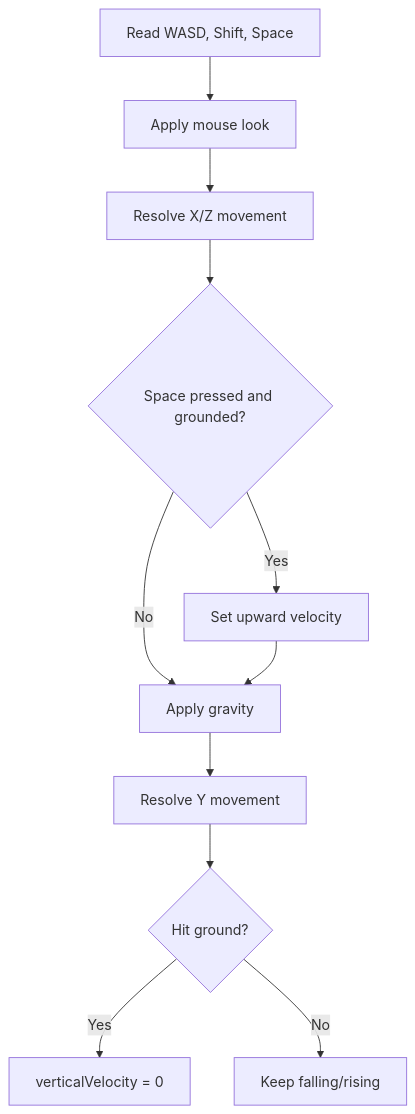
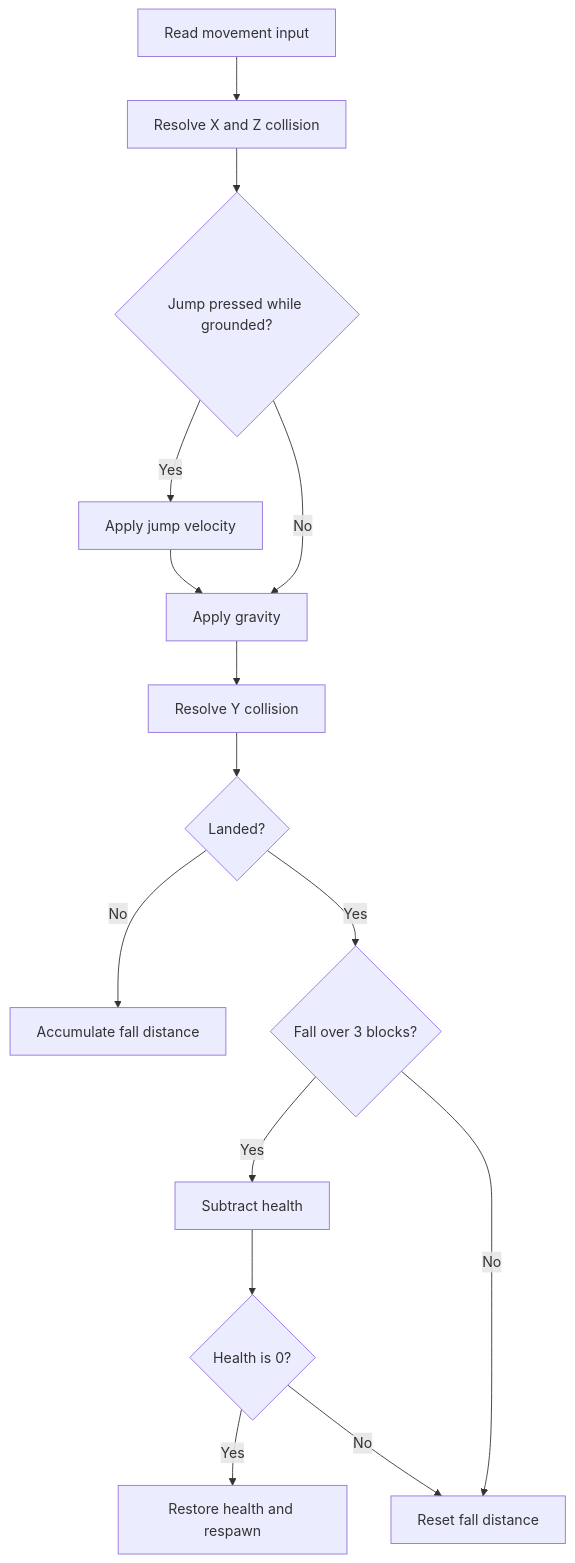
The third of 5 diagrams in docs/GAMEPLAY_SYSTEMS.md (scottrobertson97/blocks-game), drawn with Mermaid before and after one commit. The commit also changed other lines of this file and 28 other files, not shown here.

````diff
--- a/docs/GAMEPLAY_SYSTEMS.md
+++ b/docs/GAMEPLAY_SYSTEMS.md
@@ -43,13 +67,17 @@
 ```mermaid
 flowchart TD
-  Input["Read WASD, Shift, Space"] --> Look["Apply mouse look"]
-  Look --> Horizontal["Resolve X/Z movement"]
-  Horizontal --> Jump{"Space pressed and grounded?"}
-  Jump -- Yes --> JumpVelocity["Set upward velocity"]
+  Input["Read movement input"] --> Horizontal["Resolve X and Z collision"]
+  Horizontal --> Jump{"Jump pressed while grounded?"}
+  Jump -- Yes --> Up["Apply jump velocity"]
   Jump -- No --> Gravity["Apply gravity"]
-  JumpVelocity --> Gravity
-  Gravity --> Vertical["Resolve Y movement"]
-  Vertical --> Grounded{"Hit ground?"}
-  Grounded -- Yes --> StopFall["verticalVelocity = 0"]
-  Grounded -- No --> Continue["Keep falling/rising"]
+  Up --> Gravity
+  Gravity --> Vertical["Resolve Y collision"]
+  Vertical --> Landed{"Landed?"}
+  Landed -- No --> Accumulate["Accumulate fall distance"]
+  Landed -- Yes --> Safe{"Fall over 3 blocks?"}
+  Safe -- Yes --> Damage["Subtract health"]
+  Safe -- No --> Reset["Reset fall distance"]
+  Damage --> Dead{"Health is 0?"}
+  Dead -- Yes --> Respawn["Restore health and respawn"]
+  Dead -- No --> Reset
 ```
````
